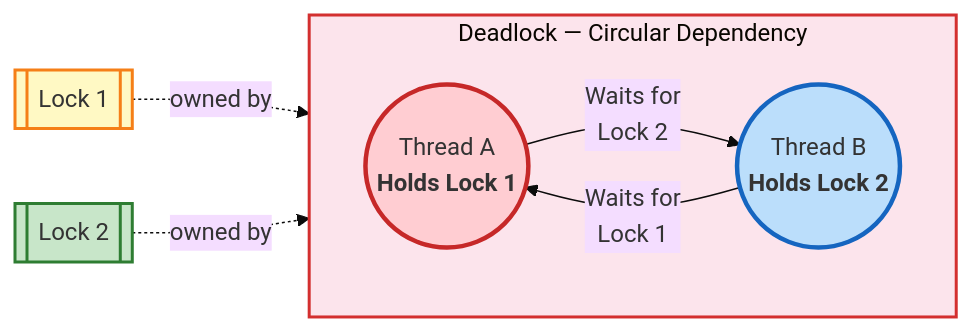
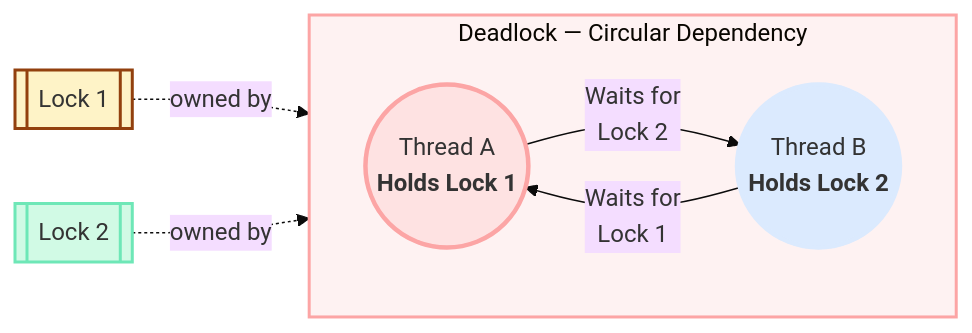
The first of 2 diagrams in docs/java/deadlocks.md (saivamsikaruturi/vamsilabs-dev-notes-main), drawn with Mermaid (base theme) before and after one commit. The commit also changed other lines of this file and 220 other files, not shown here.

First line of the commit message:
Add 50+ new Java/Spring Boot pages, rewrite CSS code blocks to Oracle style, fix all diagram colors

````diff
--- a/docs/java/deadlocks.md
+++ b/docs/java/deadlocks.md
@@ -9,17 +9,17 @@
 ```mermaid
 flowchart LR
     subgraph DeadlockCycle["Deadlock — Circular Dependency"]
         direction LR
         TA(("Thread A<br/><b>Holds Lock 1</b>")) -->|"Waits for<br/>Lock 2"| TB(("Thread B<br/><b>Holds Lock 2</b>"))
         TB -->|"Waits for<br/>Lock 1"| TA
     end
 
     L1[["Lock 1"]] -.->|"owned by"| TA
     L2[["Lock 2"]] -.->|"owned by"| TB
 
-    style TA fill:#ffcdd2,stroke:#c62828,stroke-width:3px
-    style TB fill:#bbdefb,stroke:#1565c0,stroke-width:3px
-    style L1 fill:#fff9c4,stroke:#f57f17,stroke-width:2px
-    style L2 fill:#c8e6c9,stroke:#2e7d32,stroke-width:2px
-    style DeadlockCycle fill:#fce4ec,stroke:#d32f2f,stroke-width:2px
+    style TA fill:#FEE2E2,stroke:#FCA5A5,stroke-width:3px
+    style TB fill:#DBEAFE,stroke:#DBEAFE,stroke-width:3px
+    style L1 fill:#FEF3C7,stroke:#92400E,stroke-width:2px
+    style L2 fill:#D1FAE5,stroke:#6EE7B7,stroke-width:2px
+    style DeadlockCycle fill:#FEF2F2,stroke:#FCA5A5,stroke-width:2px
 ```
````
